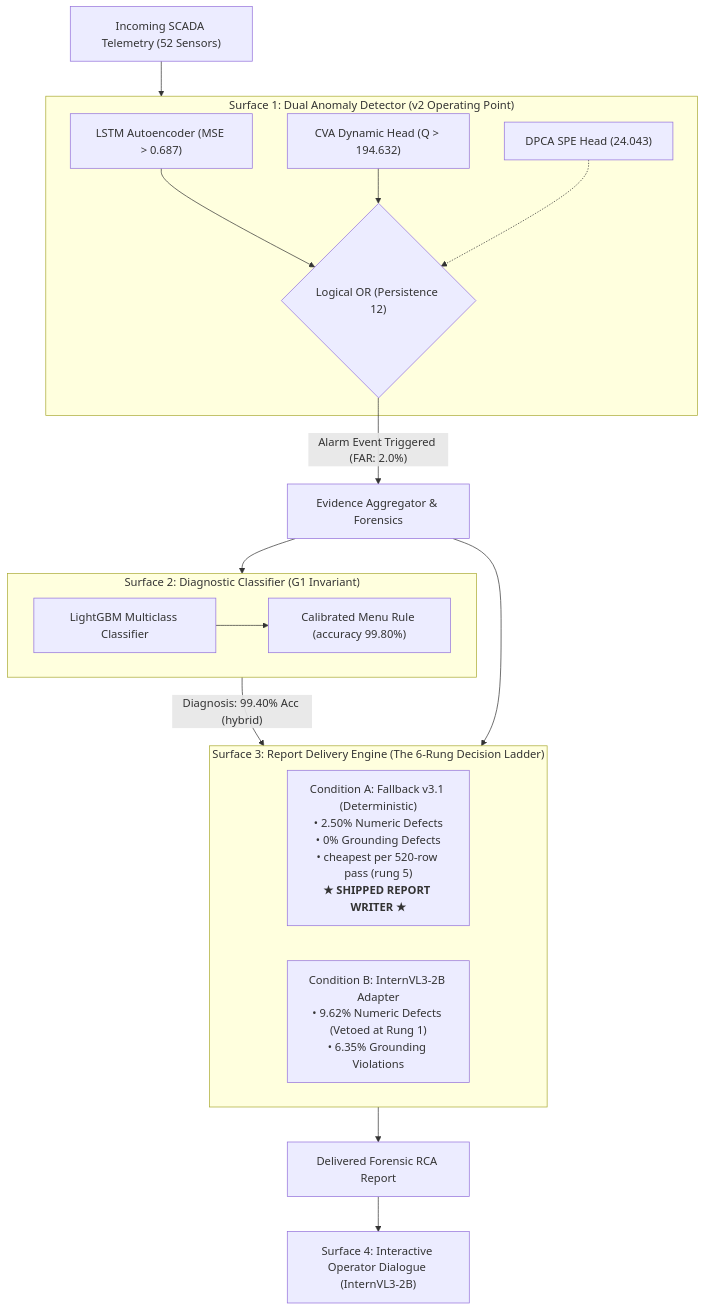
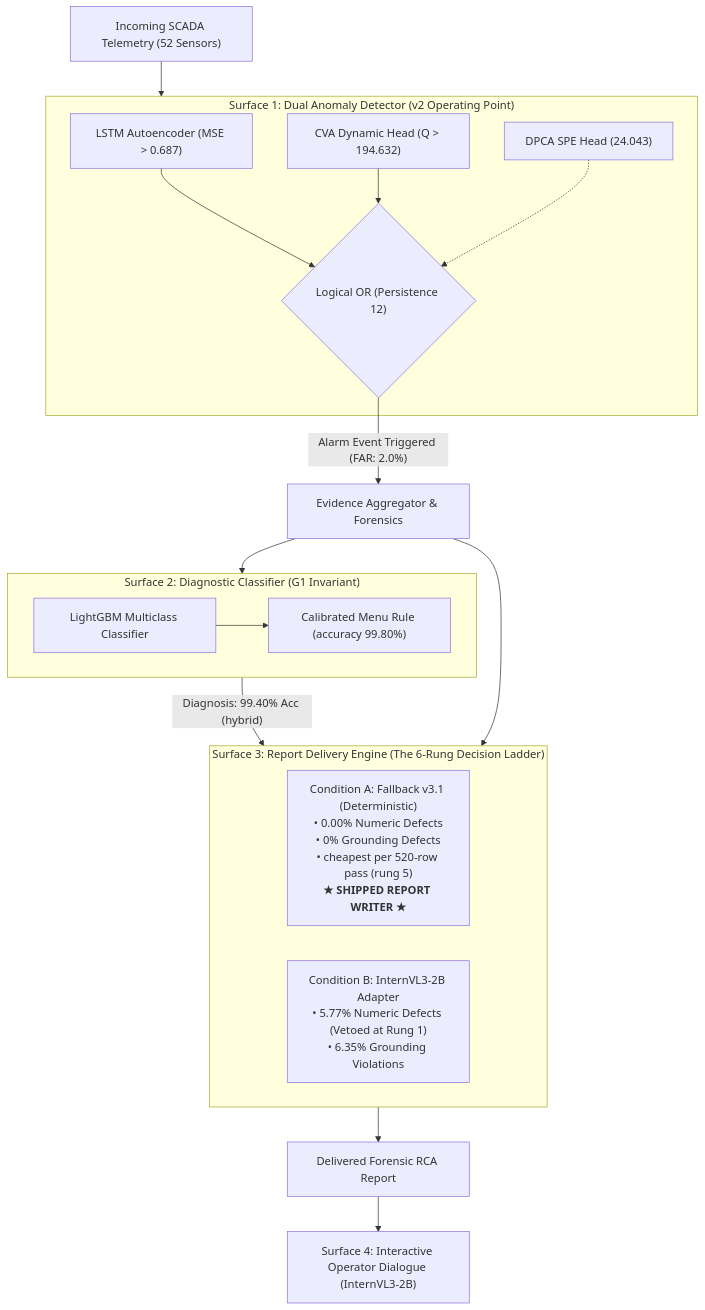
The diagram in docs/reports/BENCHMARK_ACHIEVED_METRICS_REPORT.md (git-push-kar/C68-Anomaly), drawn with Mermaid before and after one commit. The commit also changed other lines of this file and 11 other files, not shown here.

````diff
--- a/docs/reports/BENCHMARK_ACHIEVED_METRICS_REPORT.md
+++ b/docs/reports/BENCHMARK_ACHIEVED_METRICS_REPORT.md
@@ -24,34 +24,34 @@
 ```mermaid
 flowchart TD
     SCADA["Incoming SCADA Telemetry (52 Sensors)"] --> Detectors
     
     subgraph Detectors["Surface 1: Dual Anomaly Detector (v2 Operating Point)"]
         LSTM["LSTM Autoencoder (MSE > 0.687)"]
         CVA["CVA Dynamic Head (Q > 194.632)"]
         DPCA["DPCA SPE Head (24.043)"]
         Fuse{"Logical OR (Persistence 12)"}
         LSTM --> Fuse
         CVA --> Fuse
         DPCA -.-> Fuse
     end
     
     Fuse -->|"Alarm Event Triggered (FAR: 2.0%)"| Evidence["Evidence Aggregator & Forensics"]
     
     subgraph Diagnosis["Surface 2: Diagnostic Classifier (G1 Invariant)"]
         LightGBM["LightGBM Multiclass Classifier"]
         MenuRule["Calibrated Menu Rule (accuracy 99.80%)"]
         LightGBM --> MenuRule
     end
     
     Evidence --> Diagnosis
     Diagnosis -->|"Diagnosis: 99.40% Acc (hybrid)"| Delivery
     Evidence --> Delivery
     
     subgraph Delivery["Surface 3: Report Delivery Engine (The 6-Rung Decision Ladder)"]
-        CondA["Condition A: Fallback v3.1 (Deterministic)<br>• 2.50% Numeric Defects<br>• 0% Grounding Defects<br>• cheapest per 520-row pass (rung 5)<br><b>★ SHIPPED REPORT WRITER ★</b>"]
-        CondB["Condition B: InternVL3-2B Adapter<br>• 9.62% Numeric Defects (Vetoed at Rung 1)<br>• 6.35% Grounding Violations"]
+        CondA["Condition A: Fallback v3.1 (Deterministic)<br>• 0.00% Numeric Defects<br>• 0% Grounding Defects<br>• cheapest per 520-row pass (rung 5)<br><b>★ SHIPPED REPORT WRITER ★</b>"]
+        CondB["Condition B: InternVL3-2B Adapter<br>• 5.77% Numeric Defects (Vetoed at Rung 1)<br>• 6.35% Grounding Violations"]
     end
     
     Delivery --> OutputReport["Delivered Forensic RCA Report"]
     OutputReport --> InteractiveDialogue["Surface 4: Interactive Operator Dialogue (InternVL3-2B)"]
 ```
````
